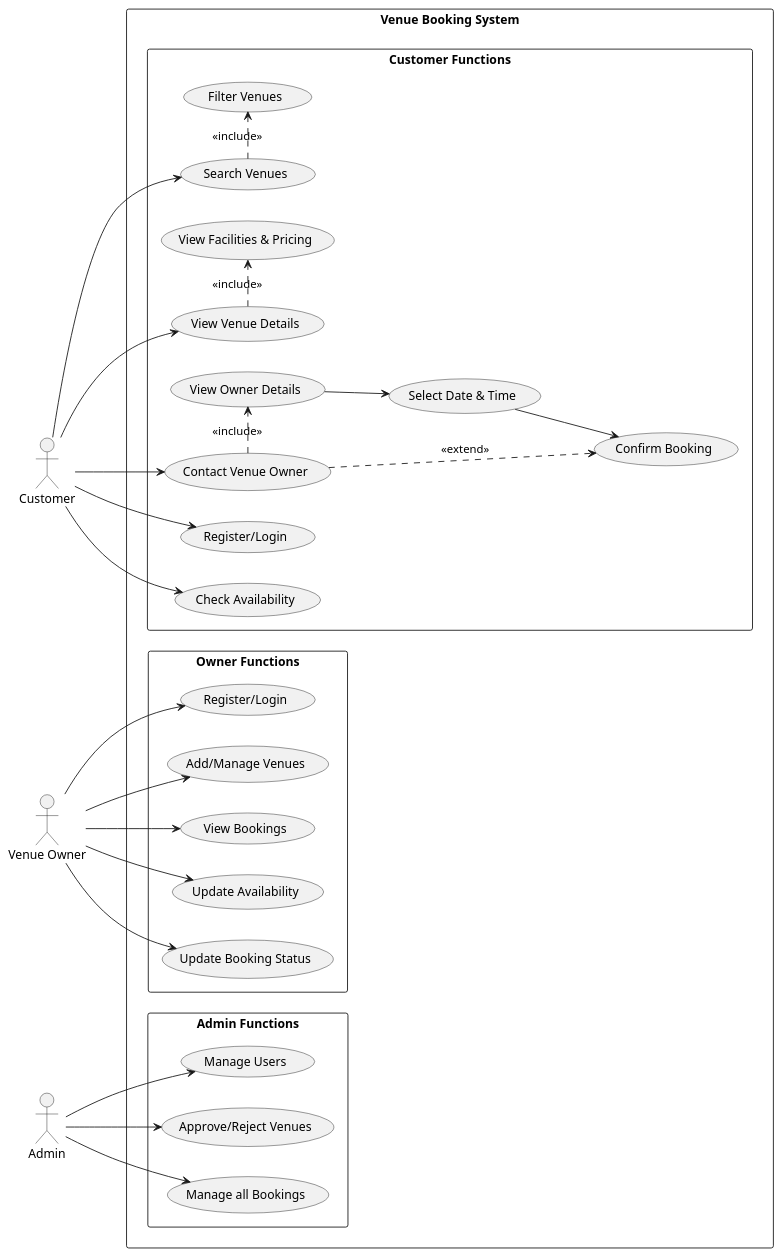
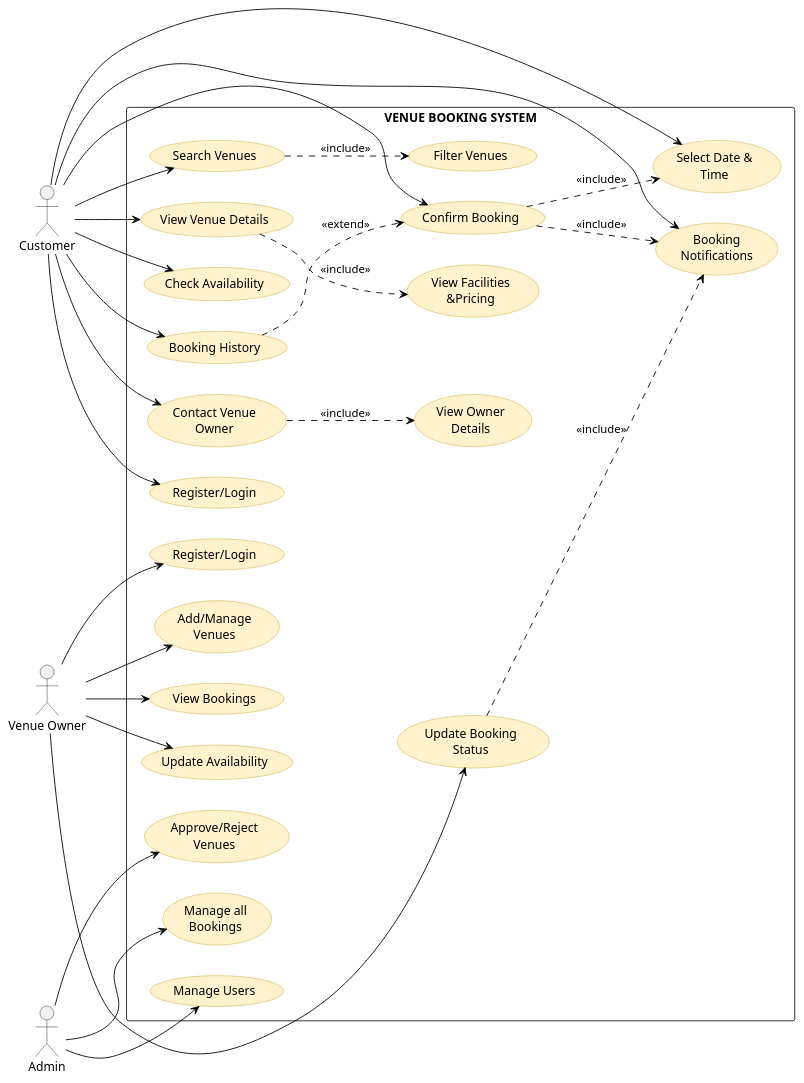
One commit to Vishnu-vardhan2007/Venue-Booking-System changed the diagram in docs/use-case-diagram.puml. Above: the diagram before and after it, drawn with PlantUML.

```diff
--- a/docs/use-case-diagram.puml
+++ b/docs/use-case-diagram.puml
@@ -1,71 +1,79 @@
 @startuml
 left to right direction
 
 skinparam packageStyle rectangle
+skinparam usecase {
+    BackgroundColor #FFF2CC
+    BorderColor #C9A227
+    ArrowColor black
+}
 
 actor Customer
-actor "Venue Owner" as VenueOwner
+actor "Venue Owner" as Owner
 actor Admin
 
-rectangle "Venue Booking System" {
+rectangle "VENUE BOOKING SYSTEM" {
 
-  package "Customer Functions" {
-    usecase "Register/Login" as UC1
-    usecase "Search Venues" as UC2
-    usecase "Filter Venues" as UC3
-    usecase "View Venue Details" as UC4
-    usecase "View Facilities & Pricing" as UC5
-    usecase "Check Availability" as UC6
-    usecase "Contact Venue Owner" as UC7
-    usecase "View Owner Details" as UC8
-    usecase "Select Date & Time" as UC9
-    usecase "Confirm Booking" as UC10
-  }
+    '================ CUSTOMER =================
+    usecase "Register/Login" as C1
+    usecase "Search Venues" as C2
+    usecase "Filter Venues" as C3
+    usecase "View Venue Details" as C4
+    usecase "View Facilities\n&Pricing" as C5
+    usecase "Check Availability" as C6
+    usecase "Contact Venue\nOwner" as C7
+    usecase "View Owner\nDetails" as C8
 
-  package "Owner Functions" {
-    usecase "Register/Login" as UC11
-    usecase "Add/Manage Venues" as UC12
-    usecase "View Bookings" as UC13
-    usecase "Update Availability" as UC14
-    usecase "Update Booking Status" as UC15
-  }
+    usecase "Select Date &\nTime" as C9
+    usecase "Confirm Booking" as C10
+    usecase "Booking History" as C11
+    usecase "Booking\nNotifications" as C12
 
-  package "Admin Functions" {
-    usecase "Manage Users" as UC16
-    usecase "Approve/Reject Venues" as UC17
-    usecase "Manage all Bookings" as UC18
-  }
+    '================ VENUE OWNER =================
+    usecase "Register/Login" as O1
+    usecase "Add/Manage\nVenues" as O2
+    usecase "View Bookings" as O3
+    usecase "Update Availability" as O4
+    usecase "Update Booking\nStatus" as O5
+
+    '================ ADMIN =================
+    usecase "Manage Users" as A1
+    usecase "Approve/Reject\nVenues" as A2
+    usecase "Manage all\nBookings" as A3
 }
 
-' Customer associations
-Customer --> UC1
-Customer --> UC2
-Customer --> UC4
-Customer --> UC6
-Customer --> UC7
+'================ CUSTOMER ASSOCIATIONS =================
+Customer --> C1
+Customer --> C2
+Customer --> C4
+Customer --> C6
+Customer --> C7
+Customer --> C9
+Customer --> C10
+Customer --> C11
+Customer --> C12
 
-' Venue Owner associations
-VenueOwner --> UC11
-VenueOwner --> UC12
-VenueOwner --> UC13
-VenueOwner --> UC14
-VenueOwner --> UC15
+C2 ..> C3 : <<include>>
+C4 ..> C5 : <<include>>
+C7 ..> C8 : <<include>>
 
-' Admin associations
-Admin --> UC16
-Admin --> UC17
-Admin --> UC18
+C10 ..> C9 : <<include>>
+C10 ..> C12 : <<include>>
 
-' Include relationships
-UC2 .> UC3 : <<include>>
-UC4 .> UC5 : <<include>>
-UC7 .> UC8 : <<include>>
+C11 ..> C10 : <<extend>>
 
-' Sequential flow from your Mermaid diagram
-UC8 --> UC9
-UC9 --> UC10
+'================ VENUE OWNER ASSOCIATIONS =================
+Owner --> O1
+Owner --> O2
+Owner --> O3
+Owner --> O4
+Owner --> O5
 
-' Extend relationship from Mermaid
-UC7 .> UC10 : <<extend>>
+O5 ..> C12 : <<include>>
+
+'================ ADMIN ASSOCIATIONS =================
+Admin --> A1
+Admin --> A2
+Admin --> A3
 
 @enduml
```
